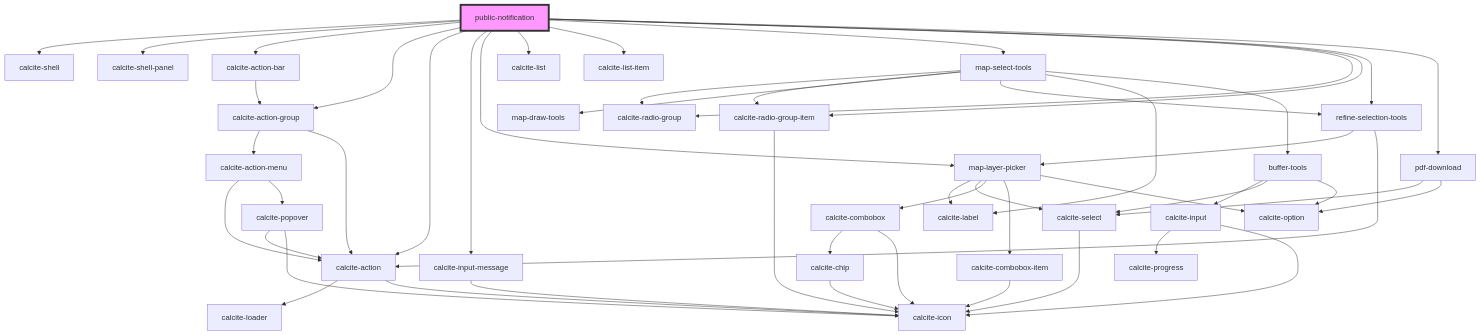
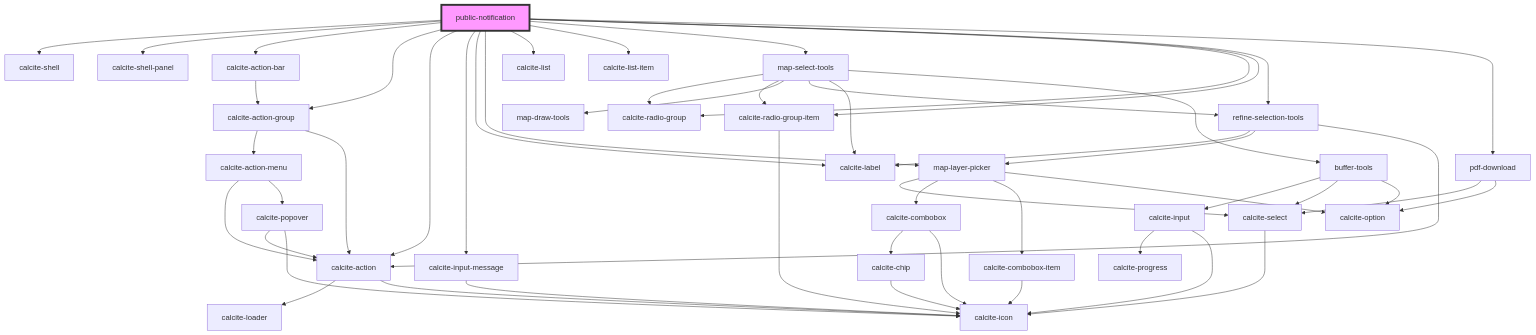
Before and after one commit to Esri/solutions-components: the diagram in src/components/public-notification/readme.md, drawn with Mermaid. The commit also changed other lines of this file and 13 other files, not shown here.

Commit message:
remove forced label from map layer picker

````diff
--- a/src/components/public-notification/readme.md
+++ b/src/components/public-notification/readme.md
@@ -38,54 +39,55 @@
 ```mermaid
 graph TD;
   public-notification --> calcite-shell
   public-notification --> calcite-shell-panel
   public-notification --> calcite-action-bar
   public-notification --> calcite-action-group
   public-notification --> calcite-action
   public-notification --> calcite-input-message
+  public-notification --> calcite-label
   public-notification --> map-layer-picker
   public-notification --> calcite-list
   public-notification --> calcite-list-item
   public-notification --> map-select-tools
   public-notification --> calcite-radio-group
   public-notification --> calcite-radio-group-item
   public-notification --> refine-selection-tools
   public-notification --> pdf-download
   calcite-action-bar --> calcite-action-group
   calcite-action-group --> calcite-action-menu
   calcite-action-group --> calcite-action
   calcite-action-menu --> calcite-action
   calcite-action-menu --> calcite-popover
   calcite-action --> calcite-loader
   calcite-action --> calcite-icon
   calcite-popover --> calcite-action
   calcite-popover --> calcite-icon
   calcite-input-message --> calcite-icon
-  map-layer-picker --> calcite-label
   map-layer-picker --> calcite-select
   map-layer-picker --> calcite-combobox
   map-layer-picker --> calcite-combobox-item
   map-layer-picker --> calcite-option
   calcite-select --> calcite-icon
   calcite-combobox --> calcite-chip
   calcite-combobox --> calcite-icon
   calcite-chip --> calcite-icon
   calcite-combobox-item --> calcite-icon
   map-select-tools --> calcite-radio-group
   map-select-tools --> calcite-radio-group-item
   map-select-tools --> map-draw-tools
   map-select-tools --> refine-selection-tools
   map-select-tools --> calcite-label
   map-select-tools --> buffer-tools
   calcite-radio-group-item --> calcite-icon
+  refine-selection-tools --> calcite-label
   refine-selection-tools --> map-layer-picker
   refine-selection-tools --> calcite-action
   buffer-tools --> calcite-input
   buffer-tools --> calcite-select
   buffer-tools --> calcite-option
   calcite-input --> calcite-progress
   calcite-input --> calcite-icon
   pdf-download --> calcite-select
   pdf-download --> calcite-option
   style public-notification fill:#f9f,stroke:#333,stroke-width:4px
 ```
````
